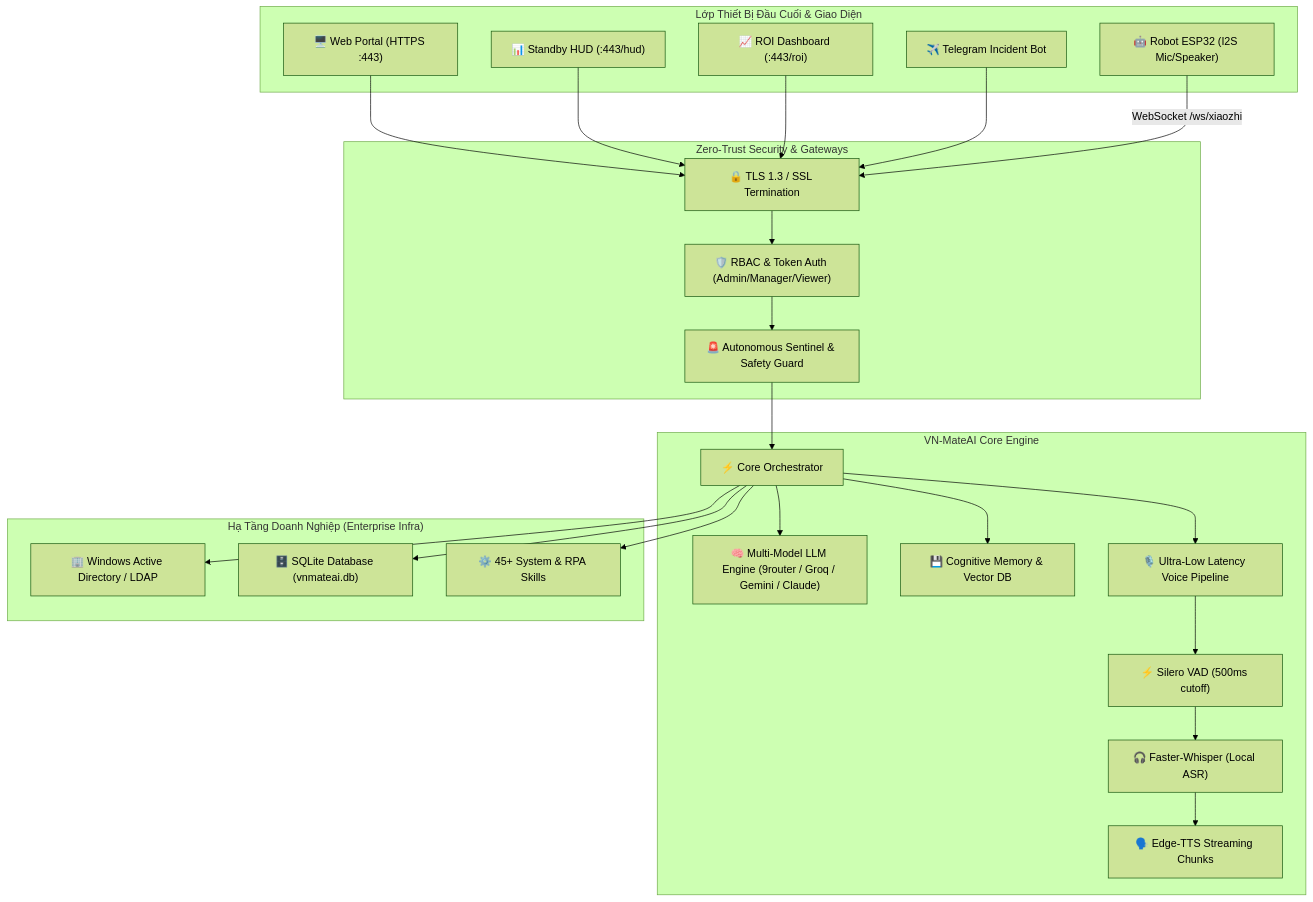
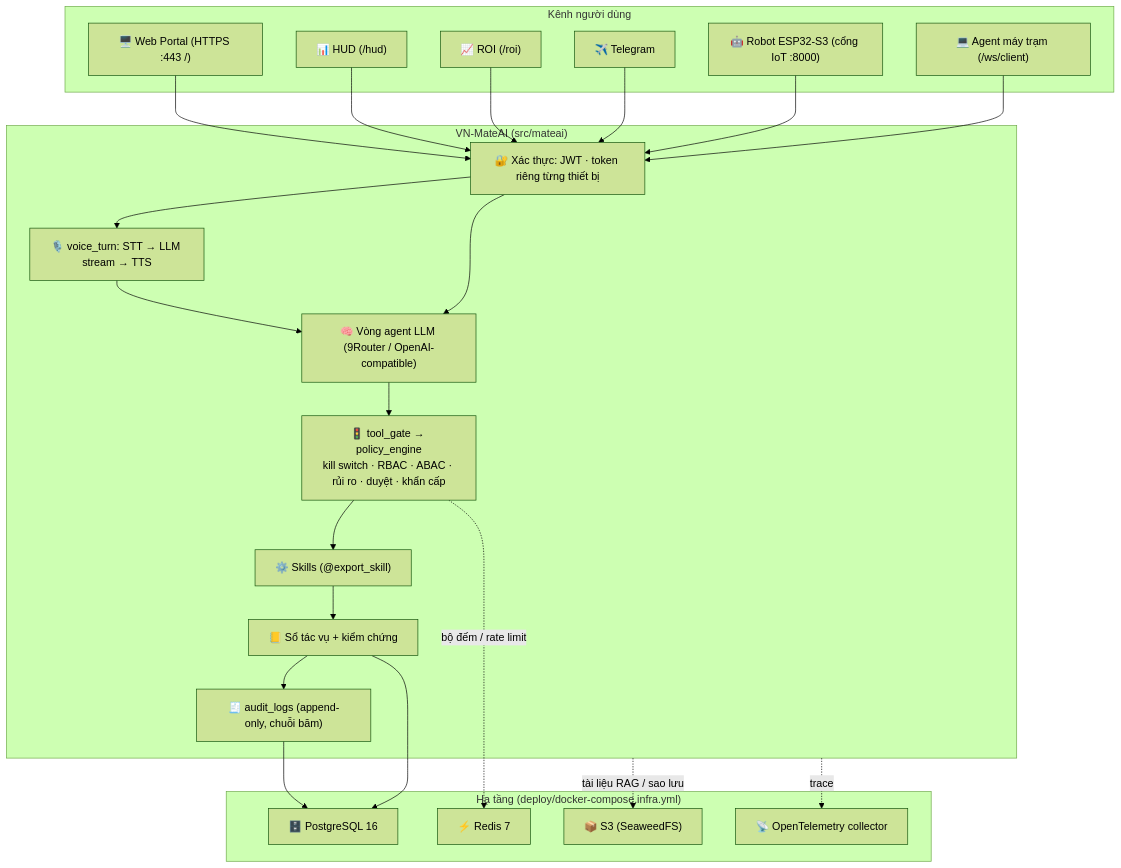
Before and after one commit to lichpppp/VNMateAI-v1.0: the diagram in README.md, drawn with Mermaid (forest theme). The commit also changed other lines of this file, not shown here.

Commit message:
README: match the current system (PostgreSQL, Redis, S3, policy gate, per-device tokens, backup, tests)

````diff
--- a/README.md
+++ b/README.md
@@ -25,43 +35,38 @@
 ```mermaid
 flowchart TB
-    subgraph Clients["Lớp Thiết Bị Đầu Cuối & Giao Diện"]
-        WebPortal["🖥️ Web Portal (HTTPS :443)"]
-        HUD["📊 Standby HUD (:443/hud)"]
-        ROI["📈 ROI Dashboard (:443/roi)"]
-        ESP32["🤖 Robot ESP32 (I2S Mic/Speaker)"]
-        Telegram["✈️ Telegram Incident Bot"]
+    subgraph Clients["Kênh người dùng"]
+        Portal["🖥️ Web Portal (HTTPS :443 /)"]
+        HUD["📊 HUD (/hud)"]
+        ROI["📈 ROI (/roi)"]
+        TG["✈️ Telegram"]
+        Robot["🤖 Robot ESP32-S3 (cổng IoT :8000)"]
+        Agent["💻 Agent máy trạm (/ws/client)"]
     end
 
-    subgraph Security["Zero-Trust Security & Gateways"]
-        TLS["🔒 TLS 1.3 / SSL Termination"]
-        RBAC["🛡️ RBAC & Token Auth (Admin/Manager/Viewer)"]
-        Sentinel["🚨 Autonomous Sentinel & Safety Guard"]
+    subgraph App["VN-MateAI (src/mateai)"]
+        Auth["🔐 Xác thực: JWT · token riêng từng thiết bị"]
+        Voice["🎙️ voice_turn: STT → LLM stream → TTS"]
+        LLM["🧠 Vòng agent LLM (9Router / OpenAI-compatible)"]
+        Gate["🚦 tool_gate → policy_engine<br/>kill switch · RBAC · ABAC · rủi ro · duyệt · khẩn cấp"]
+        Skills["⚙️ Skills (@export_skill)"]
+        Ledger["📒 Sổ tác vụ + kiểm chứng"]
+        Audit["🧾 audit_logs (append-only, chuỗi băm)"]
     end
 
-    subgraph CoreEngine["VN-MateAI Core Engine"]
-        Orchestrator["⚡ Core Orchestrator"]
-        LLM["🧠 Multi-Model LLM Engine (9router / Groq / Gemini / Claude)"]
-        Cognitive["💾 Cognitive Memory & Vector DB"]
-        Voice["🎙️ Ultra-Low Latency Voice Pipeline"]
-        VAD["⚡ Silero VAD (500ms cutoff)"]
-        ASR["🎧 Faster-Whisper (Local ASR)"]
-        TTS["🗣️ Edge-TTS Streaming Chunks"]
+    subgraph Infra["Hạ tầng (deploy/docker-compose.infra.yml)"]
+        PG["🗄️ PostgreSQL 16"]
+        Redis["⚡ Redis 7"]
+        S3["📦 S3 (SeaweedFS)"]
+        OTel["📡 OpenTelemetry collector"]
     end
 
-    subgraph Infrastructure["Hạ Tầng Doanh Nghiệp (Enterprise Infra)"]
-        AD["🏢 Windows Active Directory / LDAP"]
-        SQLite["🗄️ SQLite Database (vnmateai.db)"]
-        Skills["⚙️ 45+ System & RPA Skills"]
-    end
-
-    WebPortal & HUD & ROI & Telegram --> TLS
-    ESP32 -->|WebSocket /ws/xiaozhi| TLS
-    TLS --> RBAC --> Sentinel --> Orchestrator
-    Orchestrator --> LLM
-    Orchestrator --> Cognitive
-    Orchestrator --> Voice
-    Voice --> VAD --> ASR --> TTS
-    Orchestrator --> AD
-    Orchestrator --> SQLite
-    Orchestrator --> Skills
+    Portal & HUD & ROI & TG & Robot & Agent --> Auth
+    Auth --> Voice --> LLM
+    Auth --> LLM
+    LLM --> Gate --> Skills --> Ledger --> Audit
+    Audit --> PG
+    Ledger --> PG
+    Gate -.bộ đếm / rate limit.-> Redis
+    App -.trace.-> OTel
+    App -.tài liệu RAG / sao lưu.-> S3
 ```
````
